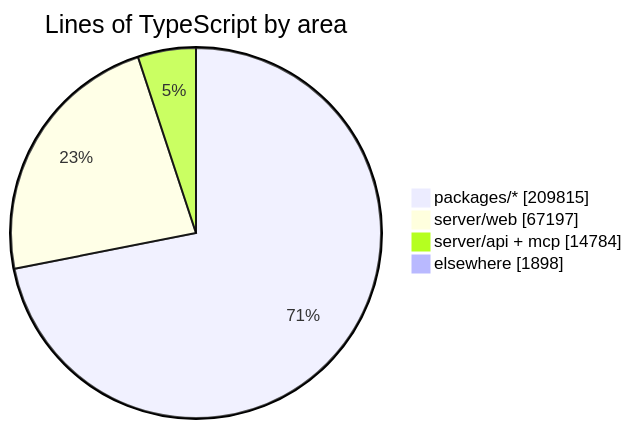
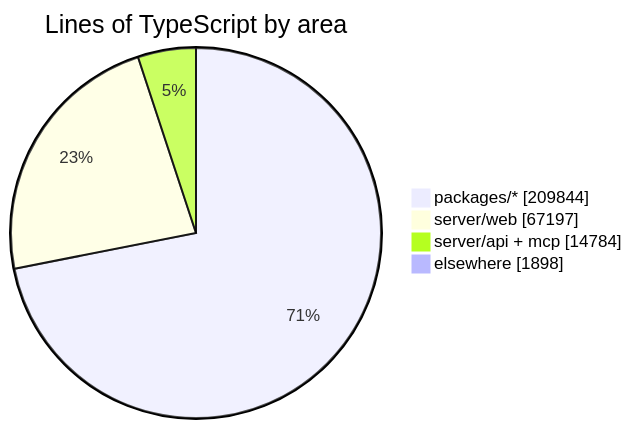
Before and after one commit to crossworks-engineering/mantle: the diagram in README.md, drawn with Mermaid. The commit also changed other lines of this file and 2 other files, not shown here.

````diff
--- a/README.md
+++ b/README.md
@@ -287,7 +287,7 @@
 ```mermaid
 pie showData title Lines of TypeScript by area
-    "packages/*" : 209815
+    "packages/*" : 209844
     "server/web" : 67197
     "server/api + mcp" : 14784
     "elsewhere" : 1898
 ```
````
